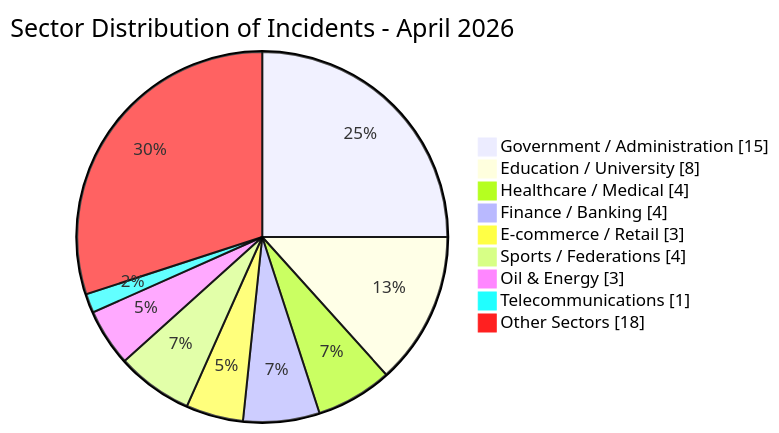
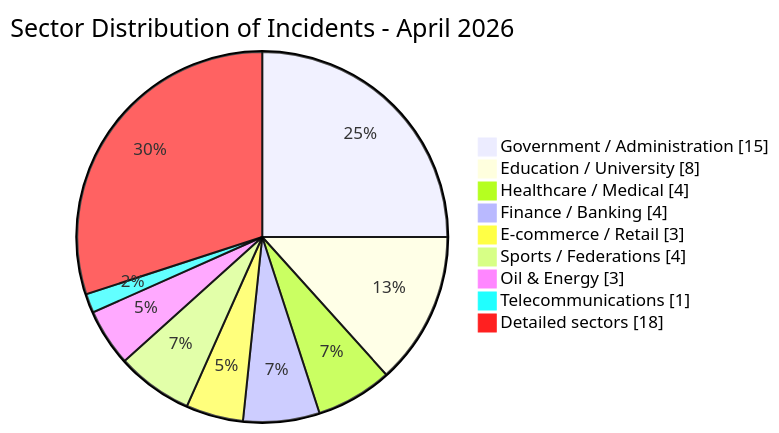
One commit to Hatchepsoute/AFRINTEL changed the fourth of 5 diagrams in CyberAttackAfrica/2026/04-april/README.md. Above: the diagram before and after it, drawn with Mermaid. The commit also changed other lines of this file and 39 other files, not shown here.

````diff
--- a/CyberAttackAfrica/2026/04-april/README.md
+++ b/CyberAttackAfrica/2026/04-april/README.md
@@ -233,13 +233,13 @@
 ```mermaid
 pie showData
  title Sector Distribution of Incidents - April 2026
  "Government / Administration" : 15
  "Education / University" : 8
  "Healthcare / Medical" : 4
  "Finance / Banking" : 4
  "E-commerce / Retail" : 3
  "Sports / Federations" : 4
  "Oil & Energy" : 3
  "Telecommunications" : 1
- "Other Sectors" : 18
+ "Detailed sectors" : 18
 ```
````
